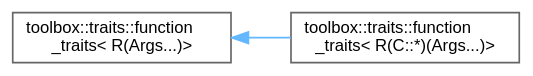
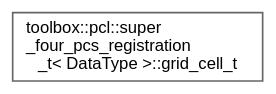
One commit to nerdneilsfield/cpp-toolbox changed the diagram in inherit_graph_126.dot. Above: the diagram before and after it, drawn with Graphviz. The commit also changed 460 other files, not shown here.

```diff
--- a/inherit_graph_126.dot
+++ b/inherit_graph_126.dot
@@ -1,11 +1,9 @@
 digraph "Graphical Class Hierarchy"
 {
  // LATEX_PDF_SIZE
   bgcolor="transparent";
   edge [fontname=Helvetica,fontsize=10,labelfontname=Helvetica,labelfontsize=10];
   node [fontname=Helvetica,fontsize=10,shape=box,height=0.2,width=0.4];
   rankdir="LR";
-  Node0 [id="Node000000",label="toolbox::traits::function\l_traits\< R(Args...)\>",height=0.2,width=0.4,color="grey40", fillcolor="white", style="filled",URL="$structtoolbox_1_1traits_1_1function__traits_3_01_r_07_args_8_8_8_08_4.html",tooltip="普通函数的函数特征/Function traits for regular functions"];
-  Node0 -> Node1 [id="edge105_Node000000_Node000001",dir="back",color="steelblue1",style="solid",tooltip=" "];
-  Node1 [id="Node000001",label="toolbox::traits::function\l_traits\< R(C::*)(Args...)\>",height=0.2,width=0.4,color="grey40", fillcolor="white", style="filled",URL="$structtoolbox_1_1traits_1_1function__traits_3_01_r_07_c_1_1_5_08_07_args_8_8_8_08_4.html",tooltip="成员函数的函数特征/Function traits for member functions"];
+  Node0 [id="Node000000",label="toolbox::pcl::super\l_four_pcs_registration\l_t\< DataType \>::grid_cell_t",height=0.2,width=0.4,color="grey40", fillcolor="white", style="filled",URL="$structtoolbox_1_1pcl_1_1super__four__pcs__registration__t_1_1grid__cell__t.html",tooltip="3D网格单元 / 3D grid cell"];
 }
```
